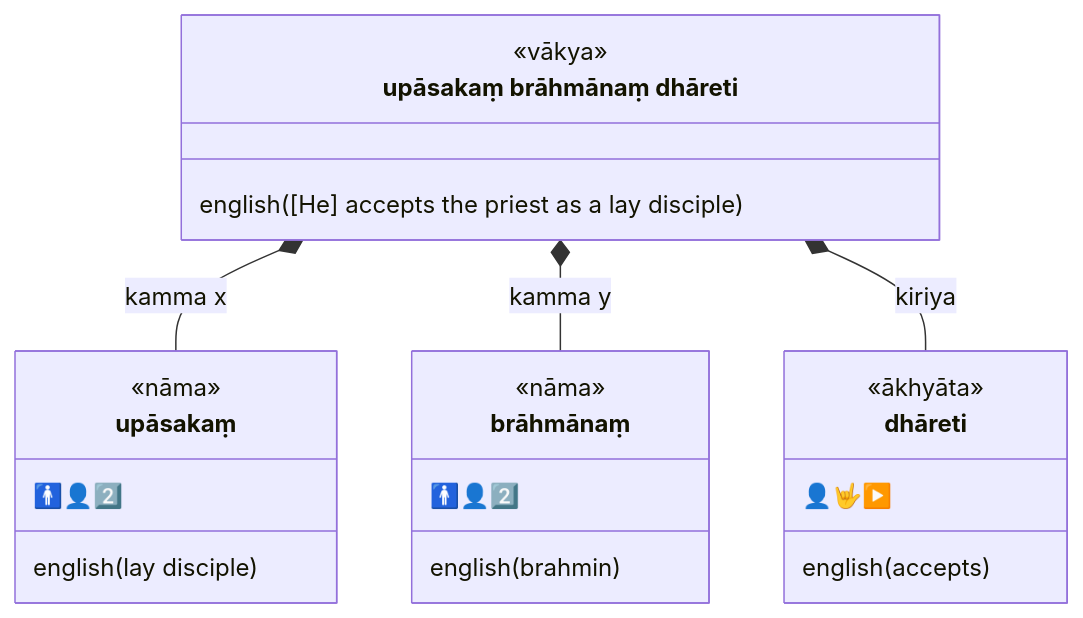
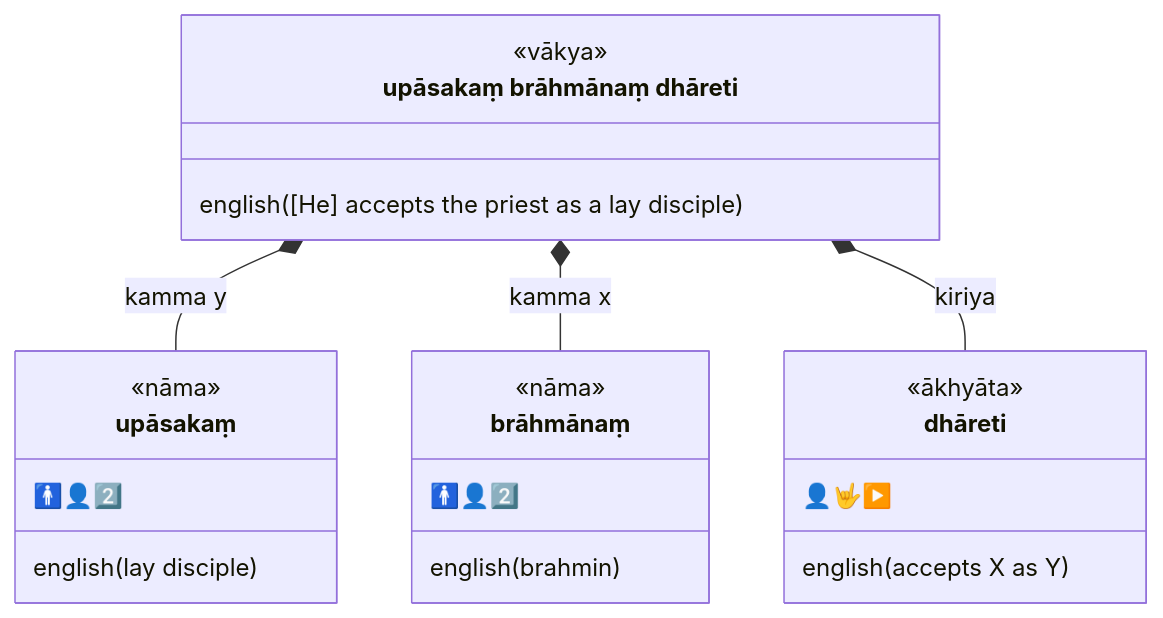
One commit to ChristineTham/buddhavacana changed the fourth of 6 diagrams in content/en/docs/Pali/sentences.md. Above: the diagram before and after it, drawn with Mermaid. The commit also changed other lines of this file and 13 other files, not shown here.

````diff
--- a/content/en/docs/Pali/sentences.md
+++ b/content/en/docs/Pali/sentences.md
@@ -134,25 +134,25 @@
 ```mermaid
 classDiagram
   class sentence["upāsakaṃ brāhmānaṃ dhāreti"] {
     <<vākya>>
     english([He] accepts the priest as a lay disciple)
   }
   class upāsakaṃ {
     <<nāma>>
     🚹👤2️⃣
     english(lay disciple)
   }
   class brāhmānaṃ {
     <<nāma>>
     🚹👤2️⃣
     english(brahmin)
   }
   class dhāreti {
     <<ākhyāta>>
      👤🤟▶️
-    english(accepts)
+    english(accepts X as Y)
   }
-  sentence *-- upāsakaṃ : kamma x
-  sentence *-- brāhmānaṃ : kamma y
+  sentence *-- upāsakaṃ : kamma y
+  sentence *-- brāhmānaṃ : kamma x
   sentence *-- dhāreti: kiriya
 ```
````
